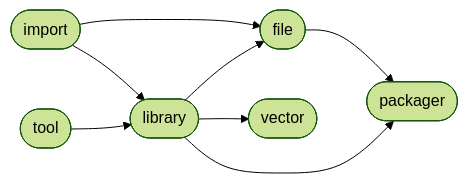
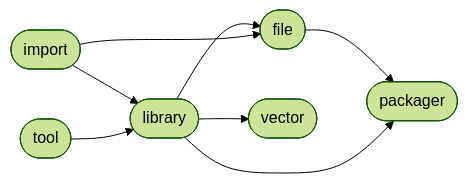
One commit to Mandera/Mandera changed the diagram in README.md. Above: the diagram before and after it, drawn with Mermaid (forest theme). The commit also changed other lines of this file, not shown here.

````diff
--- a/README.md
+++ b/README.md
@@ -6,16 +6,16 @@
 ```mermaid
 flowchart LR
+2([library]) --> 4([vector])
+0([import]) --> 2([library])
+3([file]) --> 5([packager])
+2([library]) --> 5([packager])
+1([tool]) --> 2([library])
+2([library]) --> 3([file])
 0([import]) --> 3([file])
-3([file]) --> 5([packager])
-2([library]) --> 4([vector])
-2([library]) --> 3([file])
-0([import]) --> 2([library])
-1([tool]) --> 2([library])
-2([library]) --> 5([packager])
 click 0 "https://github.com/ManderaGeneral/generalimport"
 click 1 "https://github.com/ManderaGeneral/generaltool"
 click 2 "https://github.com/ManderaGeneral/generallibrary"
 click 3 "https://github.com/ManderaGeneral/generalfile"
 click 4 "https://github.com/ManderaGeneral/generalvector"
 click 5 "https://github.com/ManderaGeneral/generalpackager"
 ```
````
